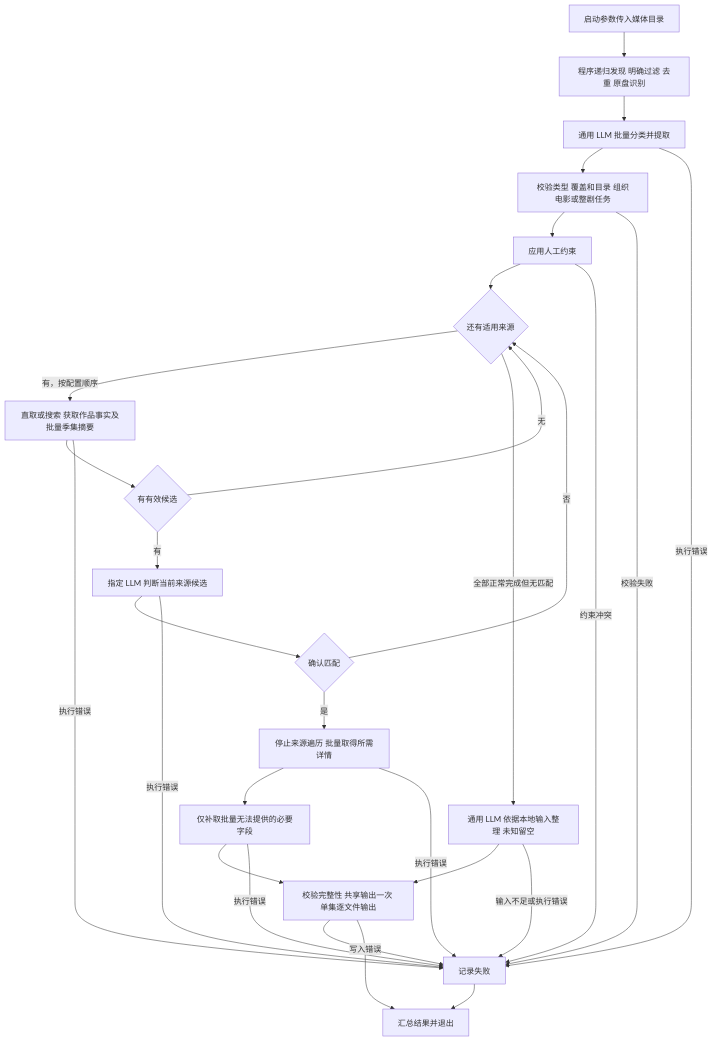
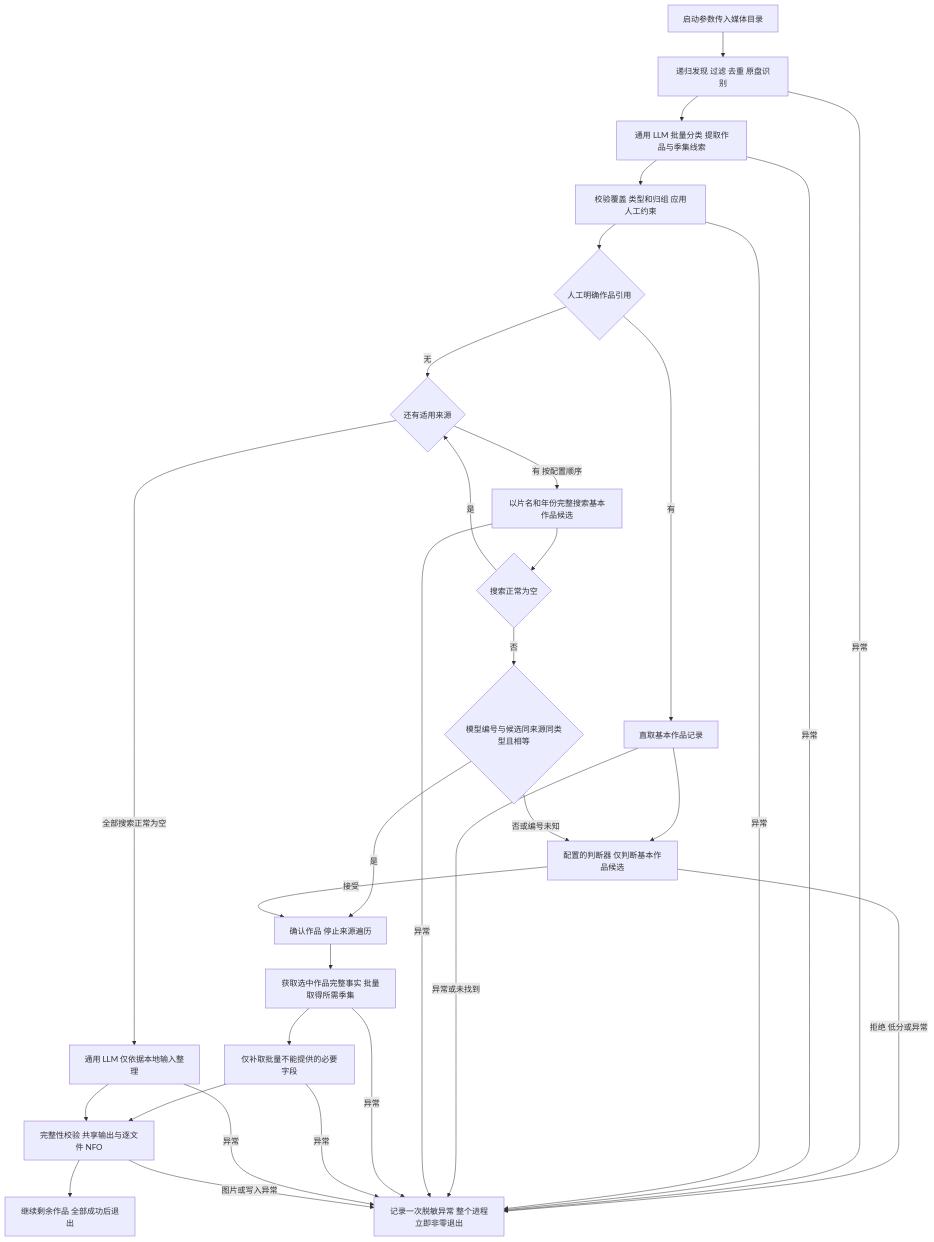
The diagram in docs/metadata-providers.md (0987363/kodi-metadata-tmdb-cli), drawn with Mermaid before and after one commit. The commit also changed other lines of this file and 38 other files, not shown here.

````diff
--- a/docs/metadata-providers.md
+++ b/docs/metadata-providers.md
@@ -27,30 +27,33 @@
 ```mermaid
 flowchart TD
-    A[启动参数传入媒体目录] --> A1[程序递归发现 明确过滤 去重 原盘识别]
-    A1 --> B[通用 LLM 批量分类并提取]
-    B --> B1[校验类型 覆盖和目录 组织电影或整剧任务]
-    B1 --> C[应用人工约束]
-    C --> D{还有适用来源}
-    D -->|有，按配置顺序| E[直取或搜索 获取作品事实及批量季集摘要]
-    D -->|全部正常完成但无匹配| I[通用 LLM 依据本地输入整理 未知留空]
-    I --> J
-    I -->|输入不足或执行错误| K
-    E --> F{有有效候选}
-    F -->|无| D
-    F -->|有| G[指定 LLM 判断当前来源候选]
-    G --> H{确认匹配}
-    H -->|否| D
-    H -->|是| L[停止来源遍历 批量取得所需详情]
-    L --> M[仅补取批量无法提供的必要字段]
-    M --> J[校验完整性 共享输出一次 单集逐文件输出]
-    B -->|执行错误| K[记录失败]
-    B1 -->|校验失败| K
-    C -->|约束冲突| K
-    E -->|执行错误| K
-    G -->|执行错误| K
-    L -->|执行错误| K
-    M -->|执行错误| K
-    J -->|写入错误| K
-    J --> Z[汇总结果并退出]
-    K --> Z
+    A[启动参数传入媒体目录] --> B[递归发现 过滤 去重 原盘识别]
+    B --> C[通用 LLM 批量分类 提取作品与季集线索]
+    C --> V[校验覆盖 类型和归组 应用人工约束]
+    V --> R{人工明确作品引用}
+    R -->|有| P[直取基本作品记录]
+    P --> G[配置的判断器 仅判断基本作品候选]
+    R -->|无| D{还有适用来源}
+    D -->|有 按配置顺序| E[以片名和年份完整搜索基本作品候选]
+    E --> F{搜索正常为空}
+    F -->|是| D
+    F -->|否| Q{模型编号与候选同来源同类型且相等}
+    Q -->|是| H[确认作品 停止来源遍历]
+    Q -->|否或编号未知| G
+    G -->|接受| H
+    G -->|拒绝 低分或异常| X
+    D -->|全部搜索正常为空| L[通用 LLM 仅依据本地输入整理]
+    H --> I[获取选中作品完整事实 批量取得所需季集]
+    I --> N[仅补取批量不能提供的必要字段]
+    N --> J[完整性校验 共享输出与逐文件 NFO]
+    L --> J
+    J --> Z[继续剩余作品 全部成功后退出]
+    B -->|异常| X[记录一次脱敏异常 整个进程立即非零退出]
+    C -->|异常| X
+    V -->|异常| X
+    P -->|异常或未找到| X
+    E -->|异常| X
+    I -->|异常| X
+    N -->|异常| X
+    L -->|异常| X
+    J -->|图片或写入异常| X
 ```
````
